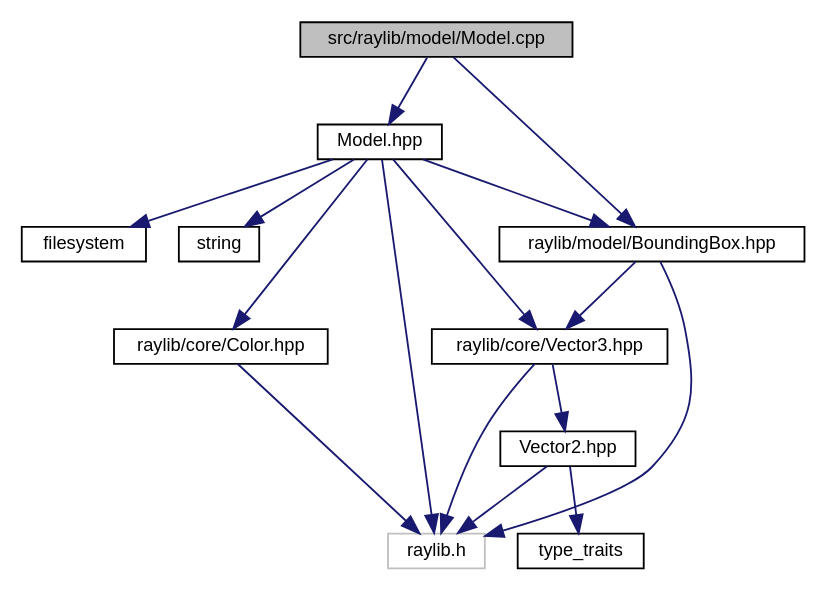
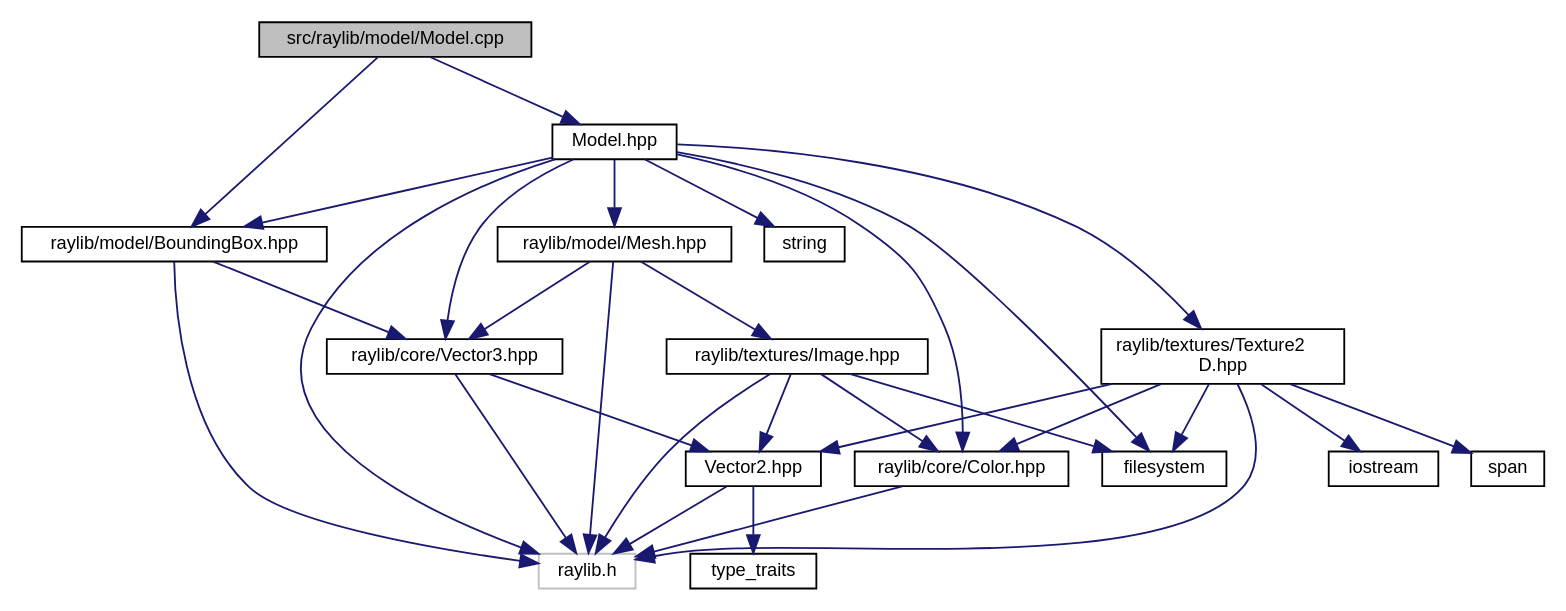
One commit to MisterPeModder/Bomberman-Global-Offensive changed the diagram in _model_8cpp__incl.dot. Above: the diagram before and after it, drawn with Graphviz. The commit also changed 285 other files, not shown here.

Commit message:
Deploying to gh-pages from @ MisterPeModder/Bomberman-Global-Offensive@0c99c786a3431df19c8cfb93ecaff467a71cee14 🚀

```diff
--- a/_model_8cpp__incl.dot
+++ b/_model_8cpp__incl.dot
@@ -1,31 +1,51 @@
 digraph "src/raylib/model/Model.cpp"
 {
  // LATEX_PDF_SIZE
   edge [fontname="Helvetica",fontsize="10",labelfontname="Helvetica",labelfontsize="10"];
   node [fontname="Helvetica",fontsize="10",shape=record];
   Node1 [label="src/raylib/model/Model.cpp",height=0.2,width=0.4,color="black", fillcolor="grey75", style="filled", fontcolor="black",tooltip=" "];
   Node1 -> Node2 [color="midnightblue",fontsize="10",style="solid",fontname="Helvetica"];
   Node2 [label="Model.hpp",height=0.2,width=0.4,color="black", fillcolor="white", style="filled",URL="$_model_8hpp.html",tooltip=" "];
   Node2 -> Node3 [color="midnightblue",fontsize="10",style="solid",fontname="Helvetica"];
   Node3 [label="raylib.h",height=0.2,width=0.4,color="grey75", fillcolor="white", style="filled",tooltip=" "];
   Node2 -> Node4 [color="midnightblue",fontsize="10",style="solid",fontname="Helvetica"];
   Node4 [label="filesystem",height=0.2,width=0.4,color="black", fillcolor="white", style="filled",URL="/home/runner/work/Bomberman-Global-Offensive/Bomberman-Global-Offensive/doc/external/cppreference-doxygen-web.tag.xml$cpp/header/filesystem.html",tooltip=" "];
   Node2 -> Node5 [color="midnightblue",fontsize="10",style="solid",fontname="Helvetica"];
   Node5 [label="string",height=0.2,width=0.4,color="black", fillcolor="white", style="filled",URL="/home/runner/work/Bomberman-Global-Offensive/Bomberman-Global-Offensive/doc/external/cppreference-doxygen-web.tag.xml$cpp/header/string.html",tooltip=" "];
   Node2 -> Node6 [color="midnightblue",fontsize="10",style="solid",fontname="Helvetica"];
   Node6 [label="raylib/core/Color.hpp",height=0.2,width=0.4,color="black", fillcolor="white", style="filled",URL="$_color_8hpp.html",tooltip=" "];
   Node6 -> Node3 [color="midnightblue",fontsize="10",style="solid",fontname="Helvetica"];
   Node2 -> Node7 [color="midnightblue",fontsize="10",style="solid",fontname="Helvetica"];
   Node7 [label="raylib/core/Vector3.hpp",height=0.2,width=0.4,color="black", fillcolor="white", style="filled",URL="$_vector3_8hpp.html",tooltip=" "];
   Node7 -> Node8 [color="midnightblue",fontsize="10",style="solid",fontname="Helvetica"];
   Node8 [label="Vector2.hpp",height=0.2,width=0.4,color="black", fillcolor="white", style="filled",URL="$_vector2_8hpp.html",tooltip=" "];
   Node8 -> Node9 [color="midnightblue",fontsize="10",style="solid",fontname="Helvetica"];
   Node9 [label="type_traits",height=0.2,width=0.4,color="black", fillcolor="white", style="filled",URL="/home/runner/work/Bomberman-Global-Offensive/Bomberman-Global-Offensive/doc/external/cppreference-doxygen-web.tag.xml$cpp/header/type_traits.html",tooltip=" "];
   Node8 -> Node3 [color="midnightblue",fontsize="10",style="solid",fontname="Helvetica"];
   Node7 -> Node3 [color="midnightblue",fontsize="10",style="solid",fontname="Helvetica"];
   Node2 -> Node10 [color="midnightblue",fontsize="10",style="solid",fontname="Helvetica"];
   Node10 [label="raylib/model/BoundingBox.hpp",height=0.2,width=0.4,color="black", fillcolor="white", style="filled",URL="$_bounding_box_8hpp.html",tooltip=" "];
   Node10 -> Node3 [color="midnightblue",fontsize="10",style="solid",fontname="Helvetica"];
   Node10 -> Node7 [color="midnightblue",fontsize="10",style="solid",fontname="Helvetica"];
+  Node2 -> Node11 [color="midnightblue",fontsize="10",style="solid",fontname="Helvetica"];
+  Node11 [label="raylib/model/Mesh.hpp",height=0.2,width=0.4,color="black", fillcolor="white", style="filled",URL="$_mesh_8hpp.html",tooltip=" "];
+  Node11 -> Node3 [color="midnightblue",fontsize="10",style="solid",fontname="Helvetica"];
+  Node11 -> Node7 [color="midnightblue",fontsize="10",style="solid",fontname="Helvetica"];
+  Node11 -> Node12 [color="midnightblue",fontsize="10",style="solid",fontname="Helvetica"];
+  Node12 [label="raylib/textures/Image.hpp",height=0.2,width=0.4,color="black", fillcolor="white", style="filled",URL="$_image_8hpp.html",tooltip=" "];
+  Node12 -> Node4 [color="midnightblue",fontsize="10",style="solid",fontname="Helvetica"];
+  Node12 -> Node6 [color="midnightblue",fontsize="10",style="solid",fontname="Helvetica"];
+  Node12 -> Node8 [color="midnightblue",fontsize="10",style="solid",fontname="Helvetica"];
+  Node12 -> Node3 [color="midnightblue",fontsize="10",style="solid",fontname="Helvetica"];
+  Node2 -> Node13 [color="midnightblue",fontsize="10",style="solid",fontname="Helvetica"];
+  Node13 [label="raylib/textures/Texture2\lD.hpp",height=0.2,width=0.4,color="black", fillcolor="white", style="filled",URL="$_texture2_d_8hpp.html",tooltip=" "];
+  Node13 -> Node4 [color="midnightblue",fontsize="10",style="solid",fontname="Helvetica"];
+  Node13 -> Node14 [color="midnightblue",fontsize="10",style="solid",fontname="Helvetica"];
+  Node14 [label="iostream",height=0.2,width=0.4,color="black", fillcolor="white", style="filled",URL="/home/runner/work/Bomberman-Global-Offensive/Bomberman-Global-Offensive/doc/external/cppreference-doxygen-web.tag.xml$cpp/header/iostream.html",tooltip=" "];
+  Node13 -> Node15 [color="midnightblue",fontsize="10",style="solid",fontname="Helvetica"];
+  Node15 [label="span",height=0.2,width=0.4,color="black", fillcolor="white", style="filled",URL="/home/runner/work/Bomberman-Global-Offensive/Bomberman-Global-Offensive/doc/external/cppreference-doxygen-web.tag.xml$cpp/header/span.html",tooltip=" "];
+  Node13 -> Node6 [color="midnightblue",fontsize="10",style="solid",fontname="Helvetica"];
+  Node13 -> Node8 [color="midnightblue",fontsize="10",style="solid",fontname="Helvetica"];
+  Node13 -> Node3 [color="midnightblue",fontsize="10",style="solid",fontname="Helvetica"];
   Node1 -> Node10 [color="midnightblue",fontsize="10",style="solid",fontname="Helvetica"];
 }
```
